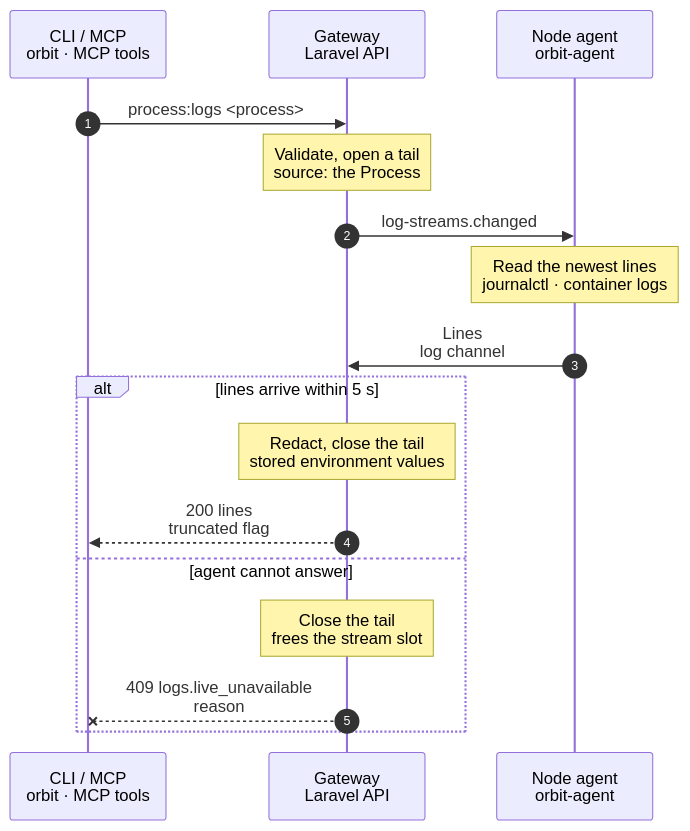
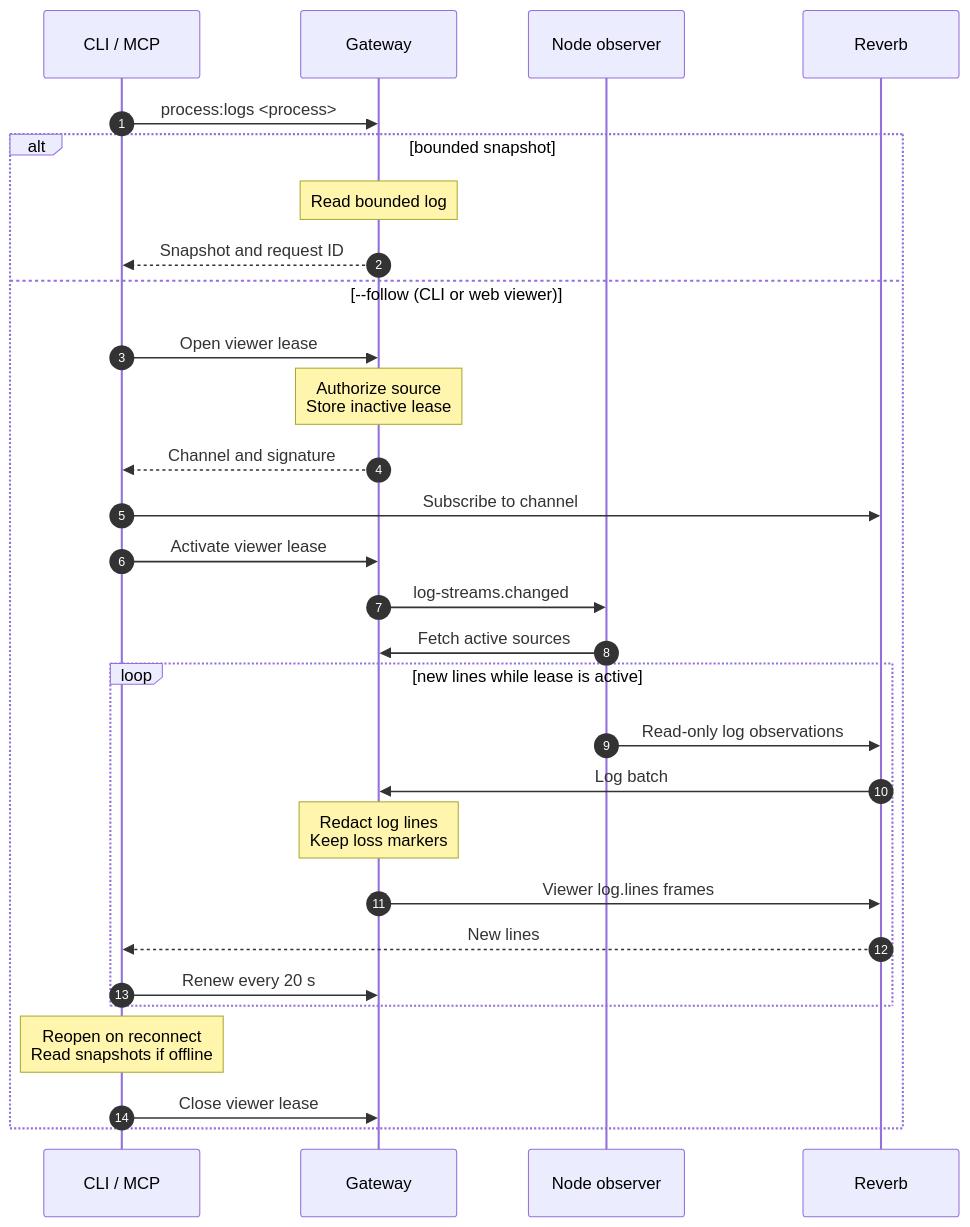
The diagram in docs/cli/process/logs.mmd (hardimpactdev/orbit), drawn with Mermaid before and after one commit. The commit also changed 62 other files, not shown here.

First line of the commit message:
refactor(cli): standardize logs and add Schedule follow (#3201)

```diff
--- a/docs/cli/process/logs.mmd
+++ b/docs/cli/process/logs.mmd
@@ -1,53 +1,32 @@
 sequenceDiagram
-  %% Target design: Nick 2026-11-06, agent strip (a): a log read is a typed source of the agent's log streaming. No SSH, no agent command, no Swamp run (R1).
   %% status: draft
   %% command: process:logs
   %% kind: process.logs
   autonumber
-  %% lane CLI icon=terminal pill=caller tone=gray
-  %% lane GW icon=gateway pill=intent tone=blue
-  %% lane A icon=server pill=observer tone=amber
-  participant CLI as CLI / MCP<br/>orbit · MCP tools
-  participant GW as Gateway<br/>Laravel API
-  participant A as Node agent<br/>orbit-agent
+  participant CLI as CLI / MCP
+  participant GW as Gateway
+  participant A as Node observer
+  participant R as Reverb
   CLI->>GW: process:logs <process>
-  %%> Command:
-  %%> - `orbit process:logs <process>`
-  %%> - syntax: `process:logs <process> [--lines=COUNT] [--follow] [--json]`
-  %%> Input:
-  %%> - the numeric Process ID from `process:list`
-  %%> Who can call it:
-  %%> - the `orbit` CLI, the web app and the MCP tool send the same request
-  Note over GW: Validate, open a tail<br/>source: the Process
-  %%> Requirements:
-  %%> - your Node has an access grant to the Node that runs the Process
-  %%> - the agent of that Node has a fresh view and has joined its log channel
-  %%> - the Node has a free stream slot (16 for each Node)
-  %%> Result:
-  %%> - the Gateway opens the tail for itself with the requested line count and starts it at once; it needs no viewer channel
-  %%> - the source is derived by the Gateway: the Process's systemd unit, or its container labelled `orbit.managed=true` and `orbit.process.id`
-  %%> - the caller names no path or unit
-  GW->>A: log-streams.changed
-  %%> What it does:
-  %%> - prompts the agent to fetch its stream list over HTTPS; the event carries no data
-  Note over A: Read the newest lines<br/>journalctl · container logs
-  %%> What it does:
-  %%> - a systemd Process: read-only `journalctl --unit … --output short-iso --utc`, newest entries first, each entry cut at 256 KiB
-  %%> - a Docker Process: the container's standard output and error, in the order written
-  %%> - the agent redacts each line and sends the first lines as one batch, also when the batch is empty, so the Gateway knows the read is complete
-  A->>GW: Lines<br/>log channel
-  alt lines arrive within 5 s
-    Note over GW: Redact, close the tail<br/>stored environment values
-    GW-->>CLI: 200 lines<br/>truncated flag
-    %%> Result:
-    %%> - at most the requested number of newest lines and 256 KiB; `truncated` is set when either limit left out older lines
-    %%> - an empty log is an empty list
-  else agent cannot answer
-    Note over GW: Close the tail<br/>frees the stream slot
-    GW--xCLI: 409 logs.live_unavailable<br/>reason
-    %%> When:
-    %%> - the agent view is stale, the agent has not joined its log channel, the source cannot be read, or no batch arrives within 5 s
-    %%> - `logs.stream_limit` (429) when the Node already has 16 open tails
-    %%> Result:
-    %%> - there is no SSH fallback and no polling; read again once the agent is back
+  alt bounded snapshot
+    Note over GW: Read bounded log
+    GW-->>CLI: Snapshot and request ID
+  else --follow (CLI or web viewer)
+    CLI->>GW: Open viewer lease
+    Note over GW: Authorize source<br/>Store inactive lease
+    GW-->>CLI: Channel and signature
+    CLI->>R: Subscribe to channel
+    CLI->>GW: Activate viewer lease
+    GW->>A: log-streams.changed
+    A->>GW: Fetch active sources
+    loop new lines while lease is active
+      A->>R: Read-only log observations
+      R->>GW: Log batch
+      Note over GW: Redact log lines<br/>Keep loss markers
+      GW->>R: Viewer log.lines frames
+      R-->>CLI: New lines
+      CLI->>GW: Renew every 20 s
+    end
+    Note over CLI: Reopen on reconnect<br/>Read snapshots if offline
+    CLI->>GW: Close viewer lease
   end
```
